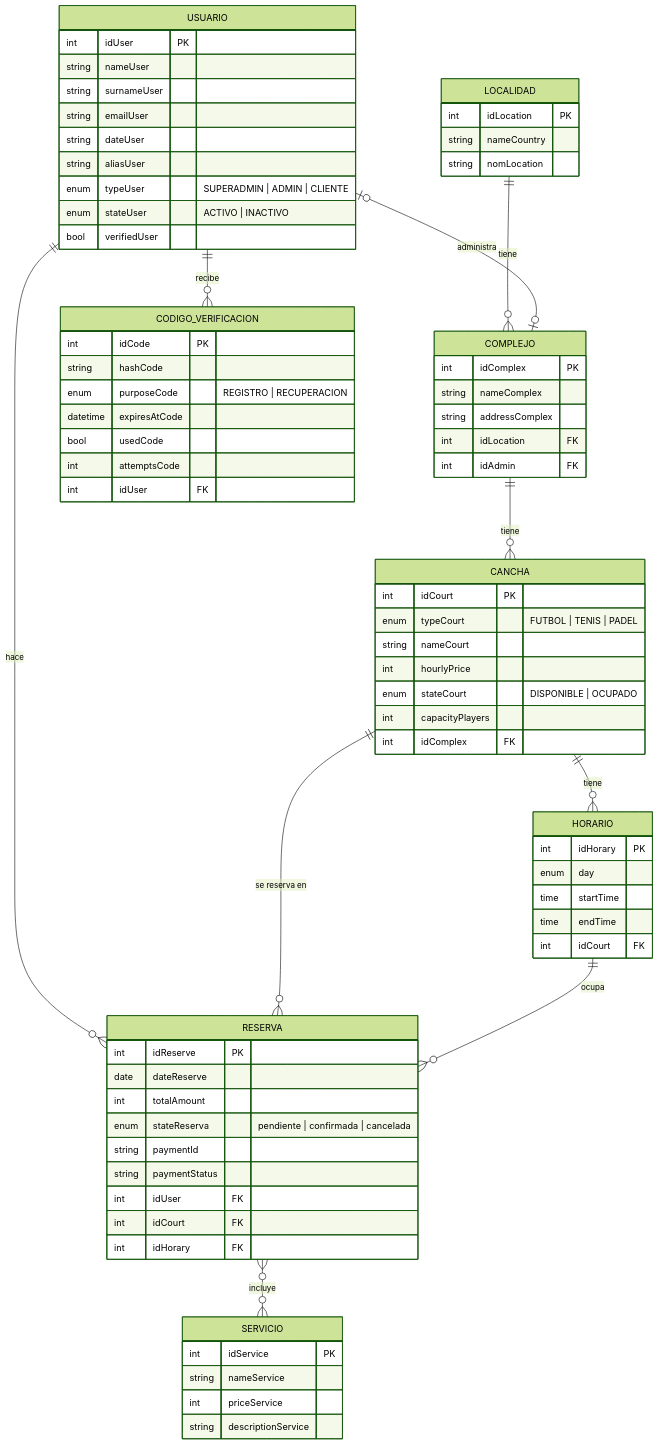
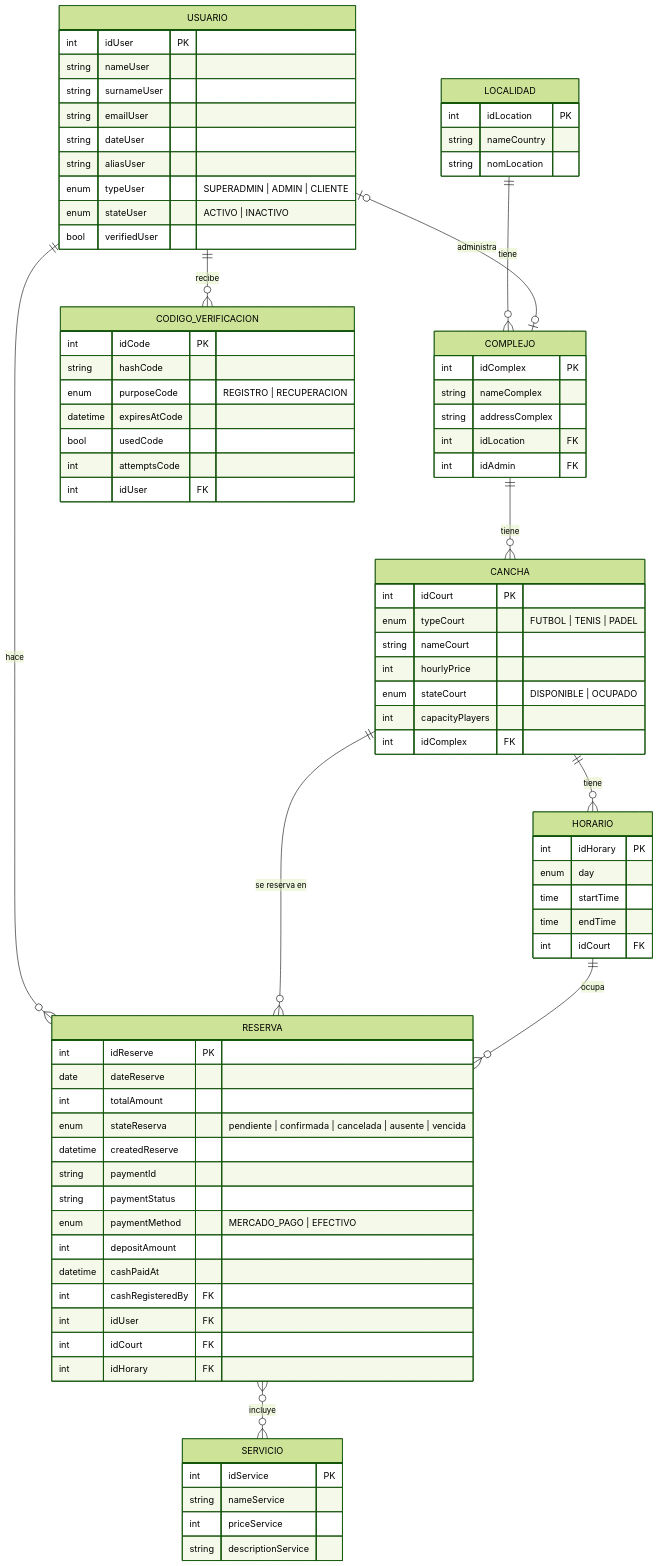
Before and after one commit to TatoCanob74/backendTPDesarrollo: the diagram in docs/proposal.md, drawn with Mermaid (forest theme). The commit also changed other lines of this file and 8 other files, not shown here.

```diff
--- a/docs/proposal.md
+++ b/docs/proposal.md
@@ -76,9 +76,14 @@
         int idReserve PK
         date dateReserve
         int totalAmount
-        enum stateReserva "pendiente | confirmada | cancelada"
+        enum stateReserva "pendiente | confirmada | cancelada | ausente | vencida"
+        datetime createdReserve
         string paymentId
         string paymentStatus
+        enum paymentMethod "MERCADO_PAGO | EFECTIVO"
+        int depositAmount
+        datetime cashPaidAt
+        int cashRegisteredBy FK
         int idUser FK
         int idCourt FK
         int idHorary FK
```
